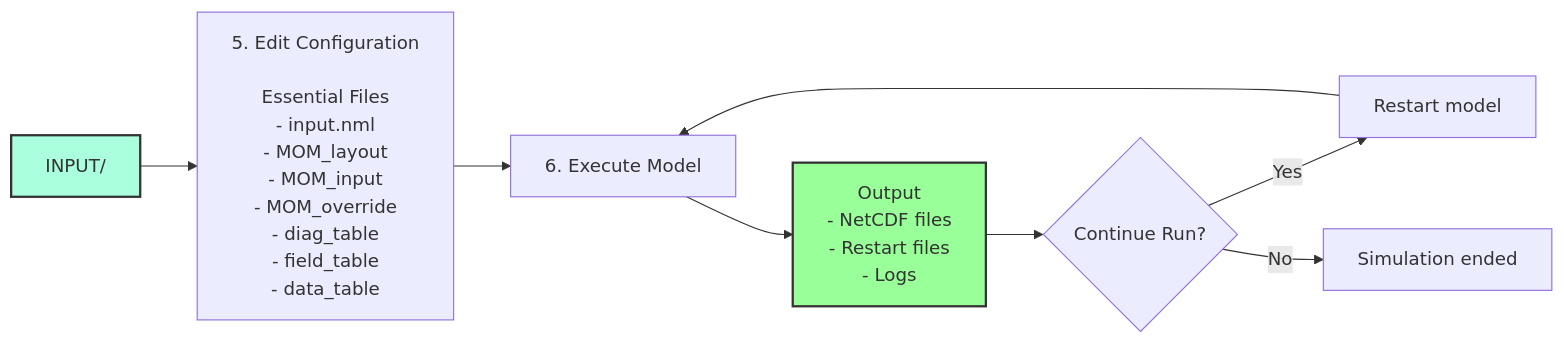
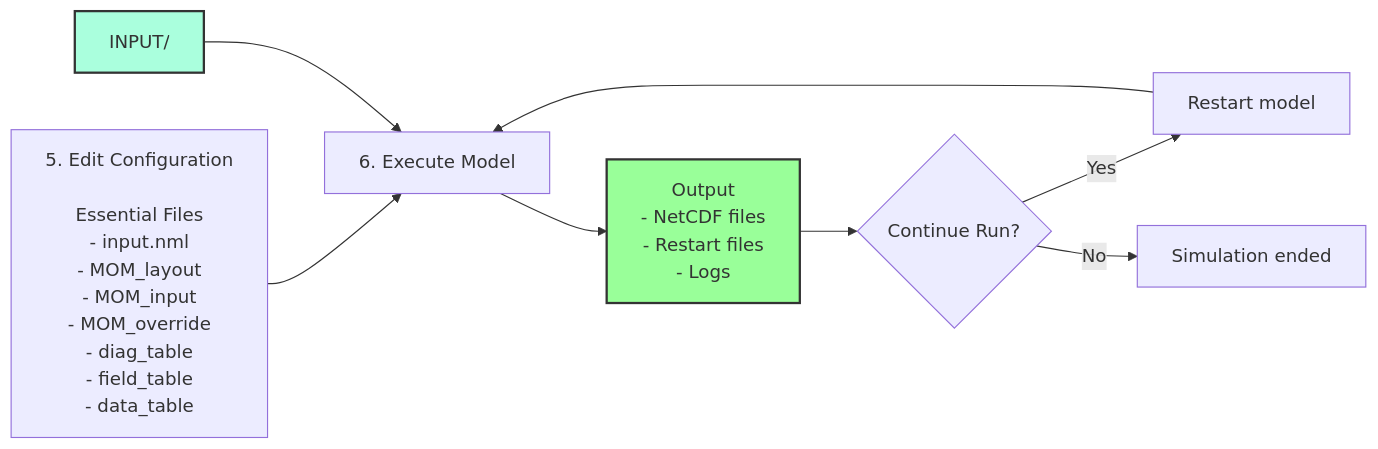
Before and after one commit to dksasaki/MOM6_COBALT_NEUS25: the second of 2 diagrams in README2.md, drawn with Mermaid.

Commit message:
minor changes

````diff
--- a/README2.md
+++ b/README2.md
@@ -38,15 +38,17 @@
 ```mermaid
 flowchart LR
-    A[INPUT/] --> B[5. Edit Configuration <br/> <br/> Essential Files<br/>- input.nml<br/>- MOM_layout<br/>- MOM_input<br/>- MOM_override<br/>- diag_table<br/>- field_table<br/>- data_table]
+    A[5. Edit Configuration <br/> <br/> Essential Files<br/>- input.nml<br/>- MOM_layout<br/>- MOM_input<br/>- MOM_override<br/>- diag_table<br/>- field_table<br/>- data_table] --> D
+    
+    B[INPUT/]
     
     B --> D[6. Execute Model]
     D --> E[Output<br/>- NetCDF files<br/>- Restart files<br/>- Logs]
     
     E --> F{Continue Run?}
     F -->|Yes| G[Restart model]
     G --> D
     F -->|No| H[Simulation ended]
     
-    style A fill:#afd,stroke:#333,stroke-width:2px
+    style B fill:#afd,stroke:#333,stroke-width:2px
     style E fill:#9f9,stroke:#333,stroke-width:2px
 ```
````
